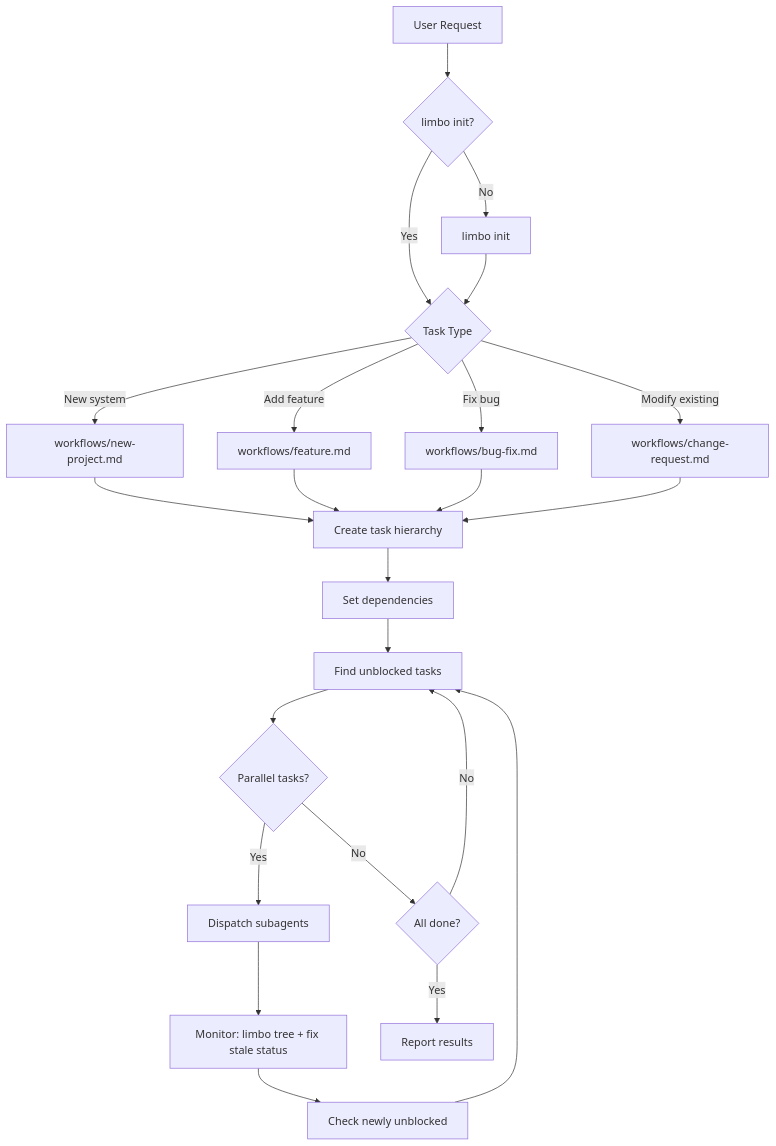
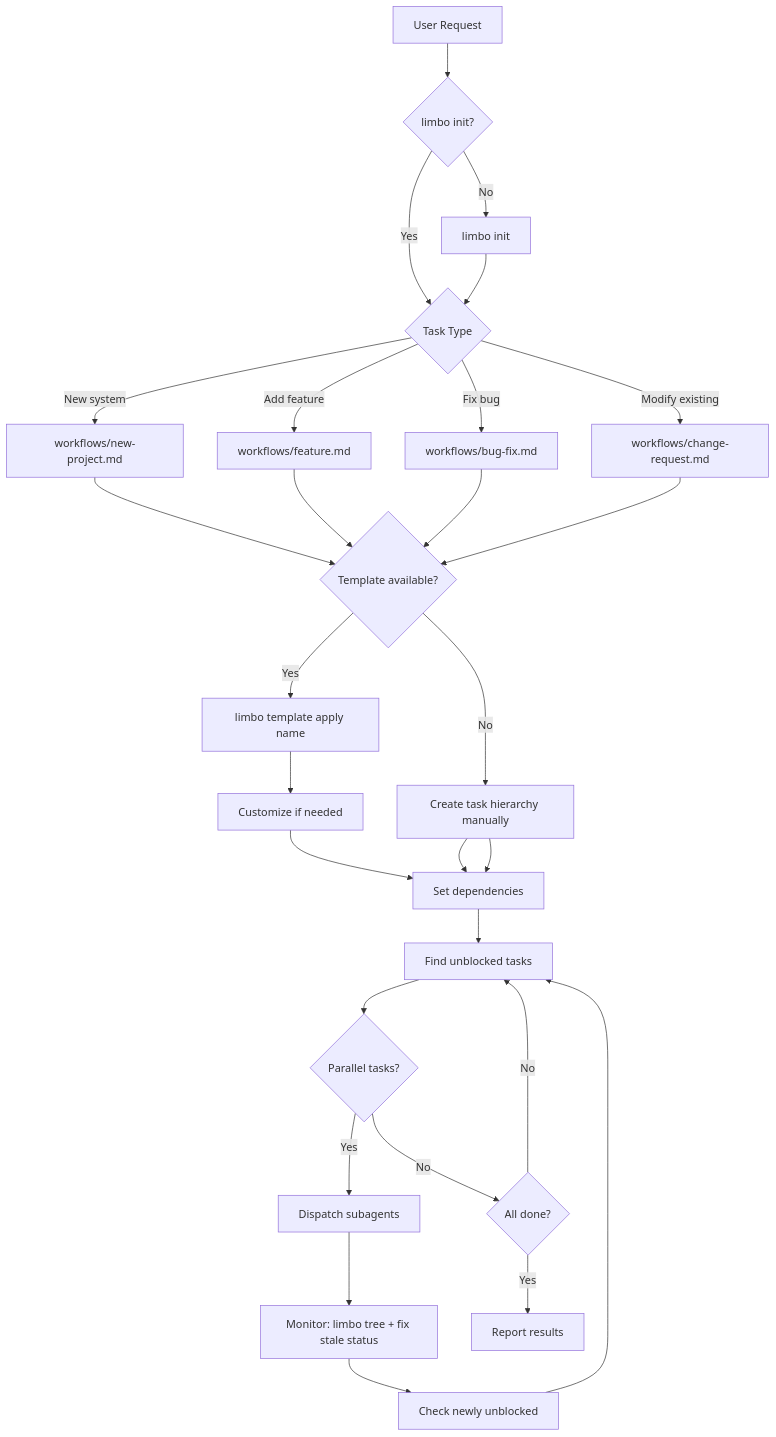
One commit to simonspoon/claude-setup changed the diagram in skills/project-manager/SKILL.md. Above: the diagram before and after it, drawn with Mermaid. The commit also changed other lines of this file and 5 other files, not shown here.

````diff
--- a/skills/project-manager/SKILL.md
+++ b/skills/project-manager/SKILL.md
@@ -46,31 +46,37 @@
 ```mermaid
 flowchart TD
     A[User Request] --> B{limbo init?}
     B -->|No| C[limbo init]
     B -->|Yes| D{Task Type}
     C --> D
 
     D -->|New system| E[workflows/new-project.md]
     D -->|Add feature| F[workflows/feature.md]
     D -->|Fix bug| G[workflows/bug-fix.md]
     D -->|Modify existing| H[workflows/change-request.md]
 
-    E --> I[Create task hierarchy]
-    F --> I
-    G --> I
-    H --> I
+    E --> T{Template available?}
+    F --> T
+    G --> T
+    H --> T
+
+    T -->|Yes| U[limbo template apply name]
+    T -->|No| I[Create task hierarchy manually]
+    U --> I2[Customize if needed]
+    I2 --> J
+    I --> J
 
     I --> J[Set dependencies]
     J --> K[Find unblocked tasks]
     K --> L{Parallel tasks?}
 
     L -->|Yes| M[Dispatch subagents]
     L -->|No| N{All done?}
 
     M --> O[Monitor: limbo tree + fix stale status]
     O --> P[Check newly unblocked]
     P --> K
 
     N -->|No| K
     N -->|Yes| Q[Report results]
 ```
````
